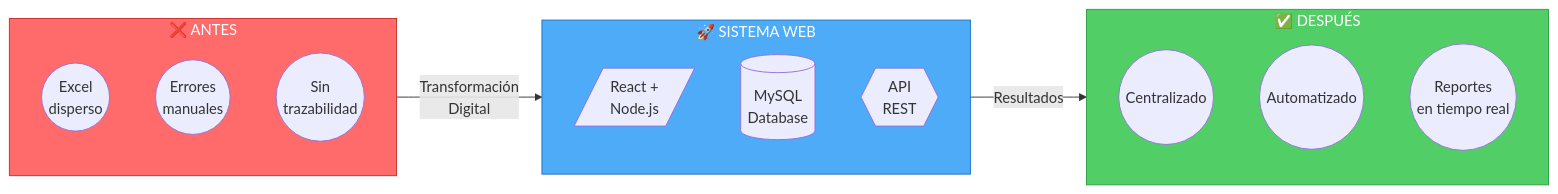
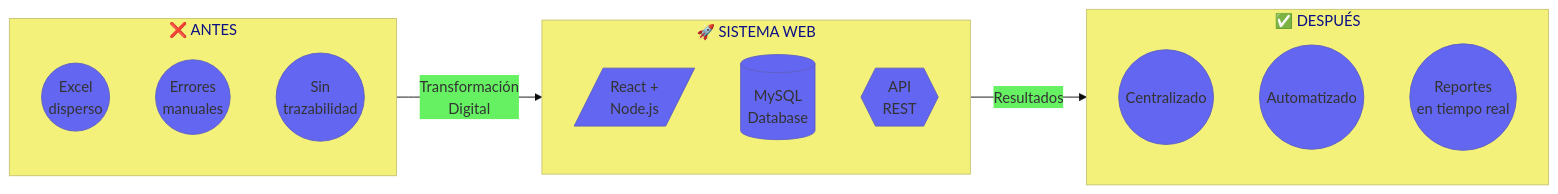
Before and after one commit to decagraff/LCService: the second of 3 diagrams in docs/README.md, drawn with Mermaid. The commit also changed other lines of this file and 7 other files, not shown here.

````diff
--- a/docs/README.md
+++ b/docs/README.md
@@ -94,27 +89,24 @@
 ```mermaid
+%%{init: {'theme': 'base', 'themeVariables': { 'primaryColor': '#6366f1'}}}%%
 graph LR
     subgraph ANTES["❌ ANTES"]
         A1(("Excel<br/>disperso"))
         A2(("Errores<br/>manuales"))
         A3(("Sin<br/>trazabilidad"))
     end
 
     subgraph SISTEMA["🚀 SISTEMA WEB"]
         S1[/"React +<br/>Node.js"/]
         S2[("MySQL<br/>Database")]
         S3{{"API<br/>REST"}}
     end
 
     subgraph DESPUES["✅ DESPUÉS"]
         D1(("Centralizado"))
         D2(("Automatizado"))
         D3(("Reportes<br/>en tiempo real"))
     end
 
     ANTES -->|Transformación<br/>Digital| SISTEMA
     SISTEMA -->|Resultados| DESPUES
-
-    style ANTES fill:#ff6b6b,stroke:#c92a2a,color:#fff
-    style SISTEMA fill:#4dabf7,stroke:#1971c2,color:#fff
-    style DESPUES fill:#51cf66,stroke:#2f9e44,color:#fff
 ```
````
